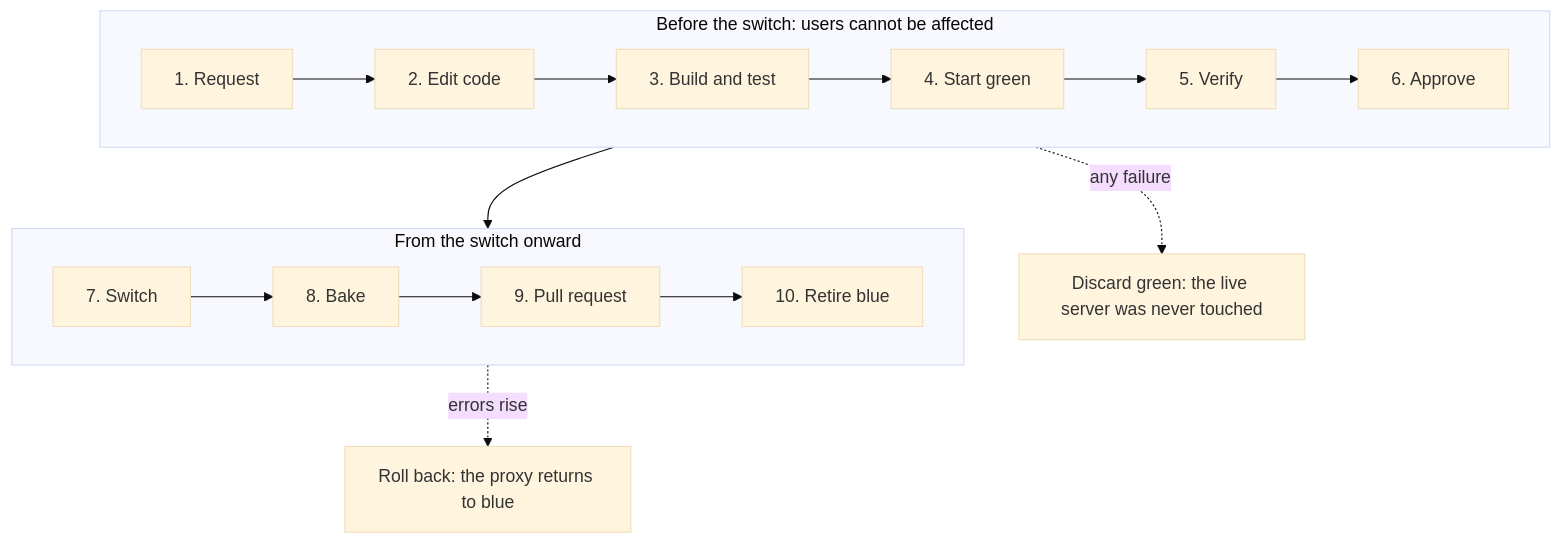
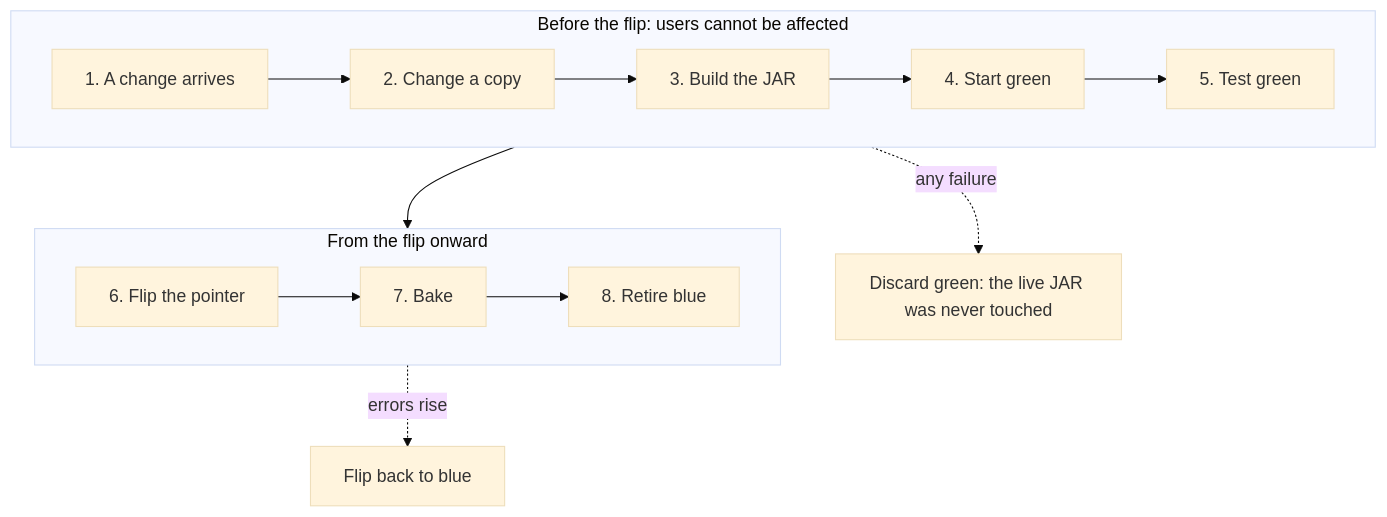
The third of 5 diagrams in hot-server-swap/README.md (amitdu6ey/experiments), drawn with Mermaid (base theme) before and after one commit. The commit also changed other lines of this file and 7 other files, not shown here.

````diff
--- a/hot-server-swap/README.md
+++ b/hot-server-swap/README.md
@@ -136,16 +132,16 @@
 ```mermaid
 flowchart TB
-    subgraph SAFE["Before the switch: users cannot be affected"]
+    subgraph SAFE["Before the flip: users cannot be affected"]
         direction LR
-        S1["1. Request"] --> S2["2. Edit code"] --> S3["3. Build and test"] --> S4["4. Start green"] --> S5["5. Verify"] --> S6["6. Approve"]
+        S1["1. A change arrives"] --> S2["2. Change a copy"] --> S3["3. Build the JAR"] --> S4["4. Start green"] --> S5["5. Test green"]
     end
 
-    subgraph LIVE["From the switch onward"]
+    subgraph LIVE["From the flip onward"]
         direction LR
-        S7["7. Switch"] --> S8["8. Bake"] --> S9["9. Pull request"] --> S10["10. Retire blue"]
+        S6["6. Flip the pointer"] --> S7["7. Bake"] --> S8["8. Retire blue"]
     end
 
-    S6 --> S7
-    SAFE -. "any failure" .-> DISCARD["Discard green: the live server was never touched"]
-    S8 -. "errors rise" .-> ROLLBACK["Roll back: the proxy returns to blue"]
+    S5 --> S6
+    SAFE -. "any failure" .-> DISCARD["Discard green: the live JAR was never touched"]
+    S7 -. "errors rise" .-> ROLLBACK["Flip back to blue"]
 ```
````
